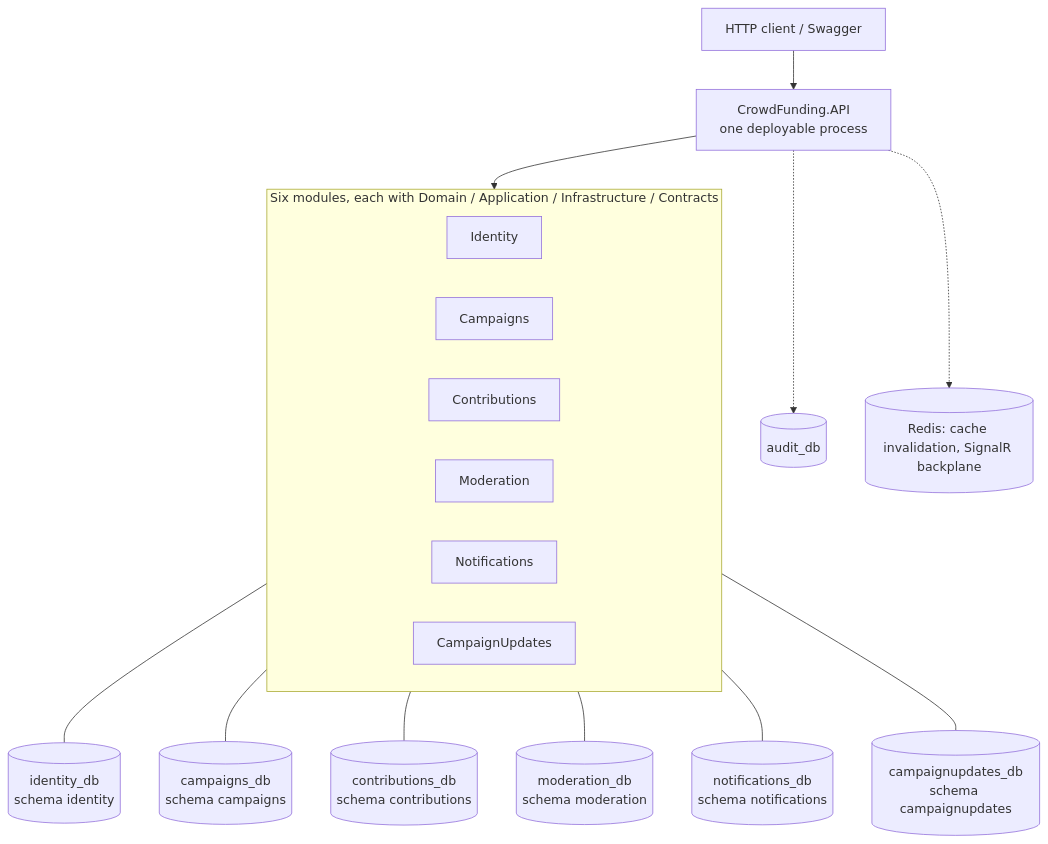
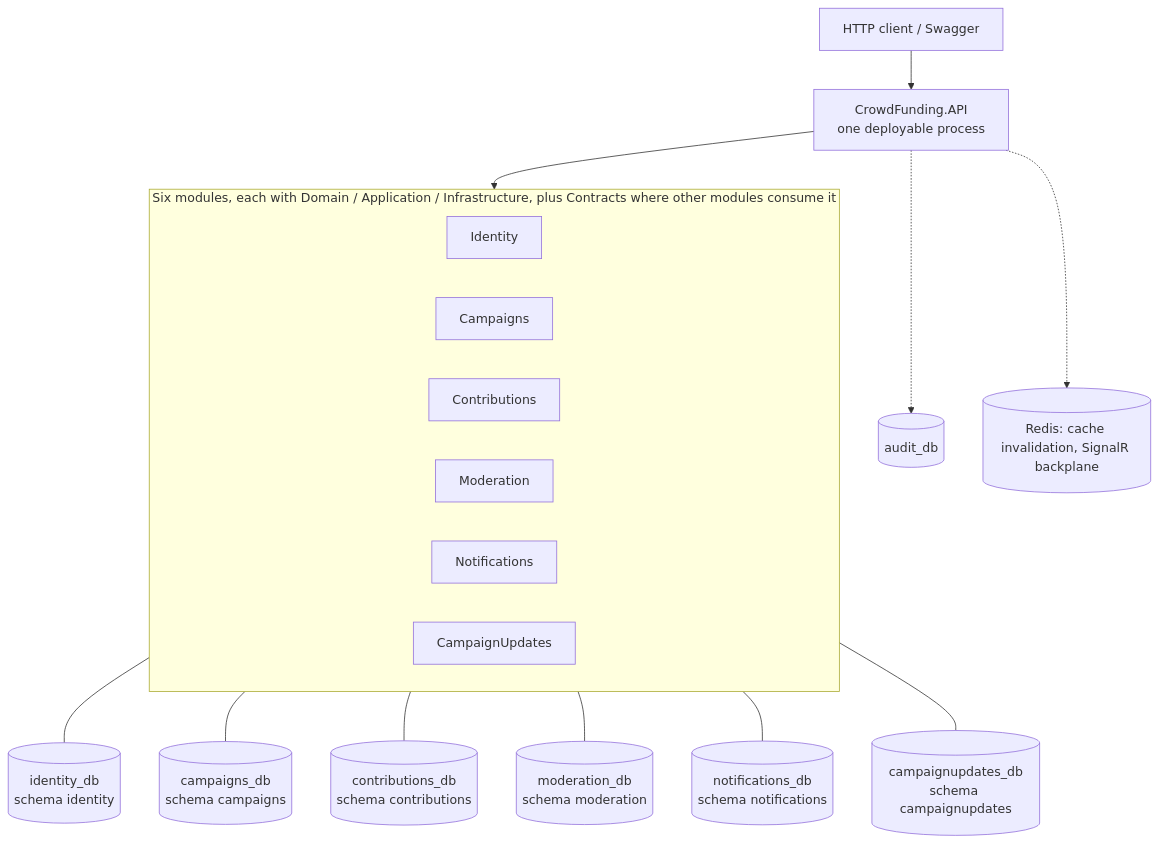
One commit to maysamgamini/crowdfundinghub changed the first of 6 diagrams in README.md. Above: the diagram before and after it, drawn with Mermaid. The commit also changed other lines of this file and 31 other files, not shown here.

````diff
--- a/README.md
+++ b/README.md
@@ -42,22 +42,22 @@
 ```mermaid
 flowchart TB
     Client["HTTP client / Swagger"] --> Host["CrowdFunding.API<br/>one deployable process"]
-    subgraph Modules["Six modules, each with Domain / Application / Infrastructure / Contracts"]
+    subgraph Modules["Six modules, each with Domain / Application / Infrastructure, plus Contracts where other modules consume it"]
         direction LR
         Identity["Identity"]
         Campaigns["Campaigns"]
         Contributions["Contributions"]
         Moderation["Moderation"]
         Notifications["Notifications"]
         Updates["CampaignUpdates"]
     end
     Host --> Modules
     Identity --- IdDb[("identity_db<br/>schema identity")]
     Campaigns --- CaDb[("campaigns_db<br/>schema campaigns")]
     Contributions --- CoDb[("contributions_db<br/>schema contributions")]
     Moderation --- MoDb[("moderation_db<br/>schema moderation")]
     Notifications --- NoDb[("notifications_db<br/>schema notifications")]
     Updates --- UpDb[("campaignupdates_db<br/>schema campaignupdates")]
     Host -.-> Audit[("audit_db")]
     Host -.-> Redis[("Redis: cache invalidation, SignalR backplane")]
 ```
````
